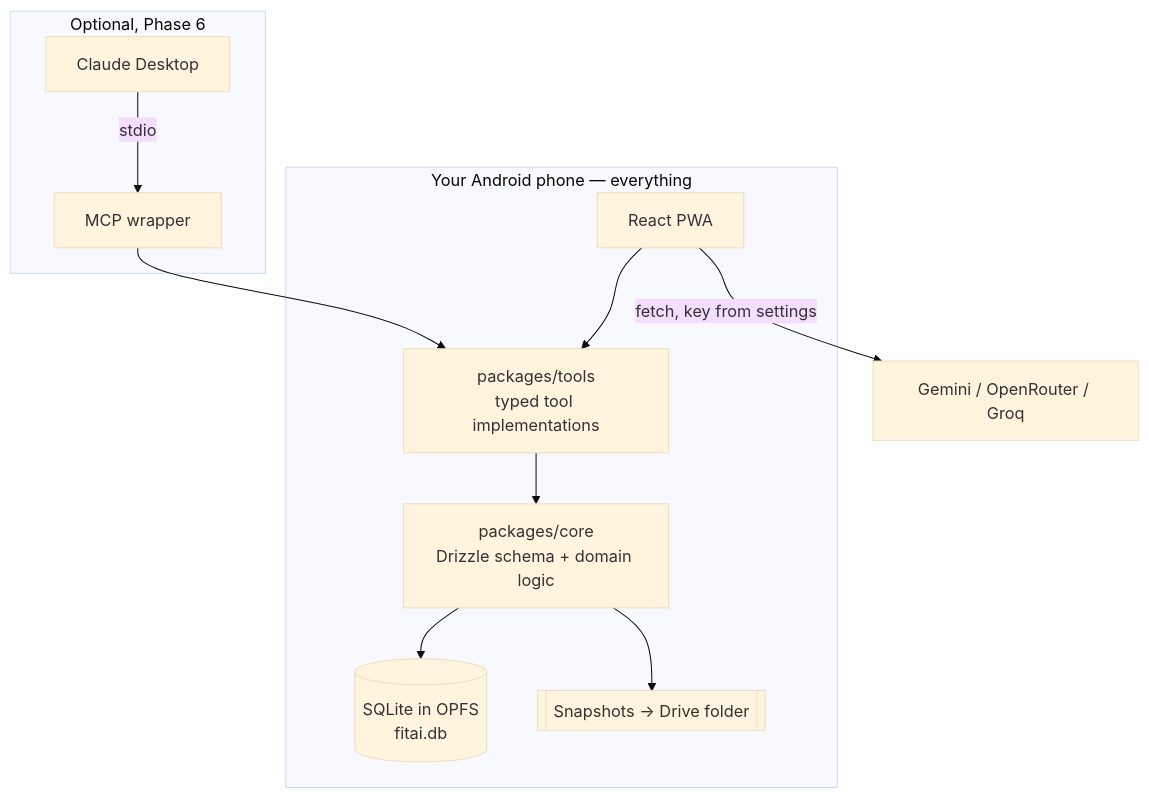
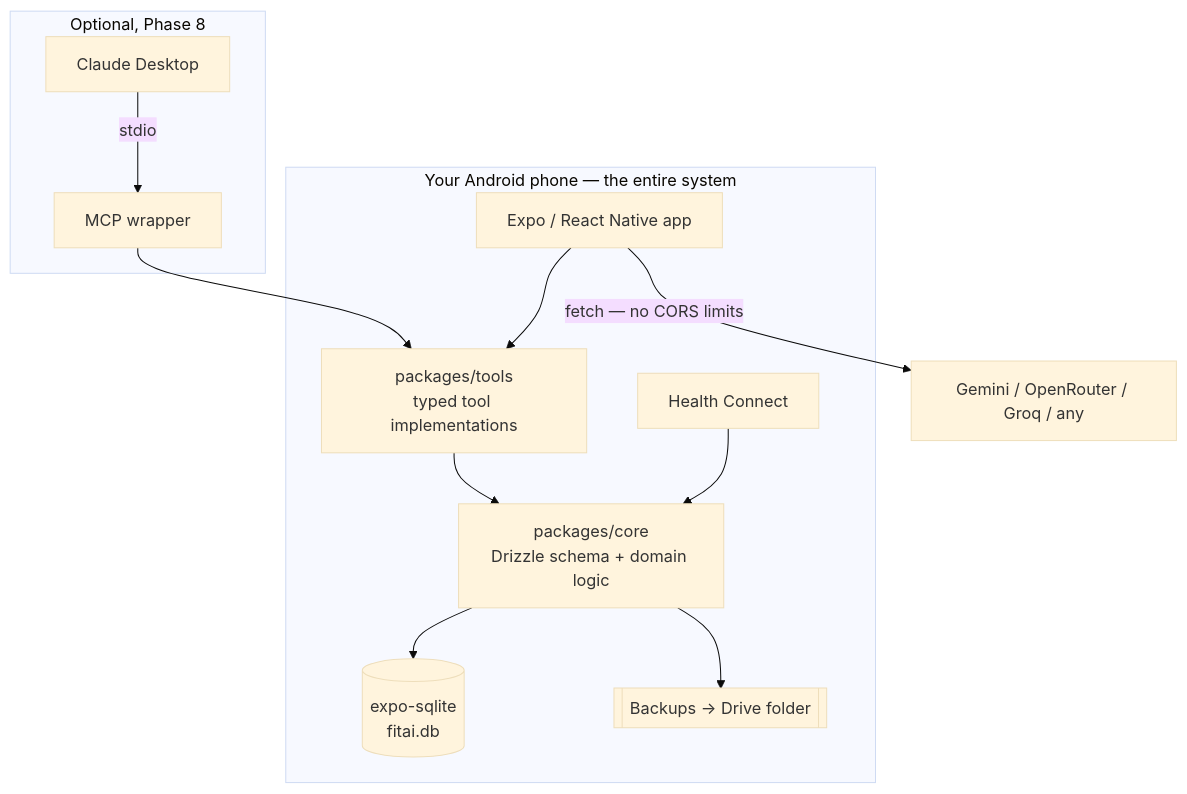
Before and after one commit to Sujeethy/fitai: the diagram in PLAN.md, drawn with Mermaid (base theme). The commit also changed other lines of this file and 1 other file, not shown here.

First line of the commit message:
Rewrite plan around Expo and React Native

````diff
--- a/PLAN.md
+++ b/PLAN.md
@@ -63,17 +72,19 @@
 ```mermaid
 flowchart TB
-    subgraph Phone["Your Android phone — everything"]
-        UI["React PWA"]
+    subgraph Phone["Your Android phone — the entire system"]
+        UI["Expo / React Native app"]
         TOOLS["packages/tools<br/>typed tool implementations"]
         CORE["packages/core<br/>Drizzle schema + domain logic"]
-        DB[("SQLite in OPFS<br/>fitai.db")]
-        BAK[["Snapshots → Drive folder"]]
+        DB[("expo-sqlite<br/>fitai.db")]
+        HC["Health Connect"]
+        BAK[["Backups → Drive folder"]]
         UI --> TOOLS --> CORE --> DB
         CORE --> BAK
+        HC --> CORE
     end
-    UI -->|"fetch, key from settings"| PROV["Gemini / OpenRouter / Groq"]
-    subgraph Laptop["Optional, Phase 6"]
+    UI -->|"fetch — no CORS limits"| PROV["Gemini / OpenRouter / Groq / any"]
+    subgraph Laptop["Optional, Phase 8"]
         MCP["MCP wrapper"] --> TOOLS
         CD["Claude Desktop"] -->|stdio| MCP
     end
 ```
````
